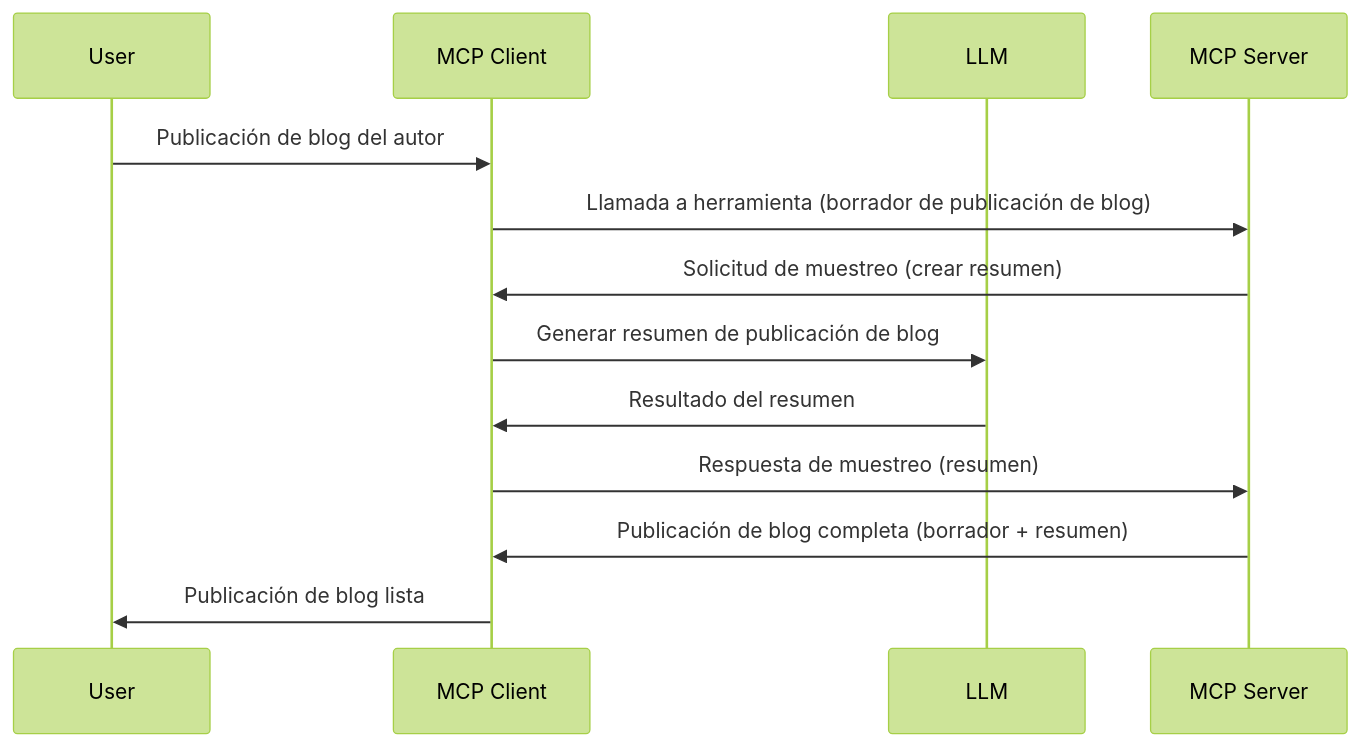
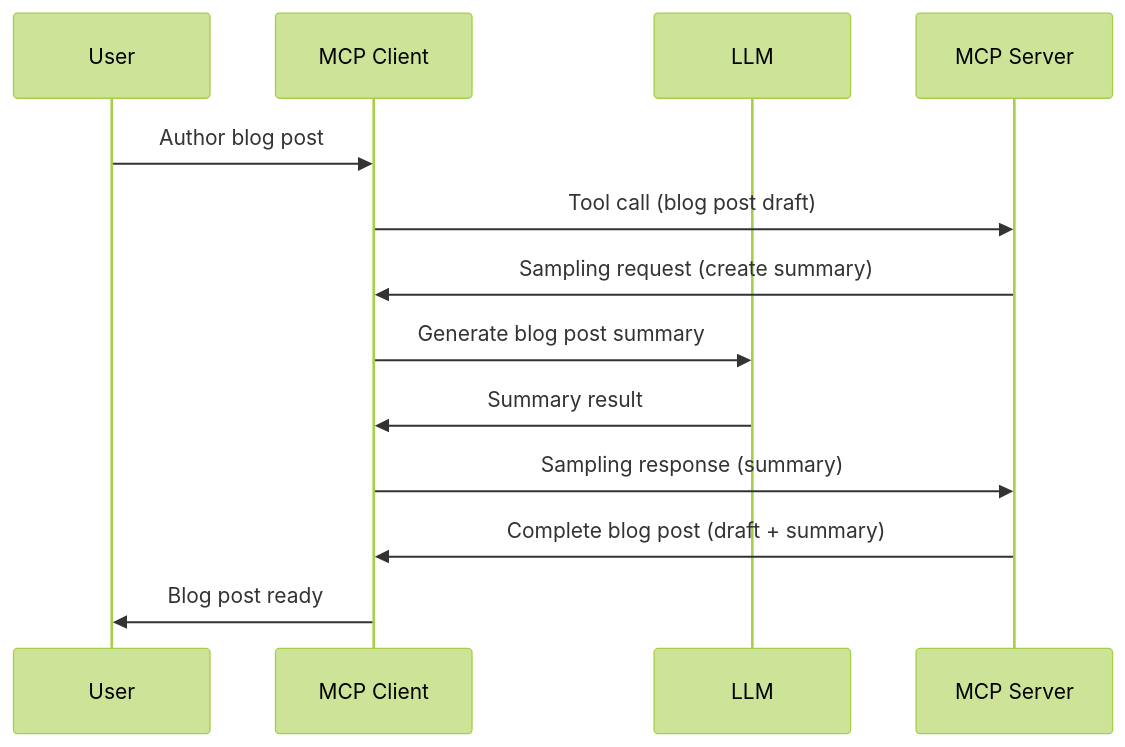
Before and after one commit to HIDORAKAI002/ai-workspace-archive: the diagram in mcp_ecosystem__model_context_protocol/mcp_learning_resources/mcp-for-beginners/translations/en/03-GettingStarted/14-sampling/README.md, drawn with Mermaid (forest theme). The commit also changed other lines of this file and 4877 other files, not shown here.

Commit message:
chore(sync): update MCP Python SDK, MCP TypeScript SDK, MCP Inspector, Supabase MCP, Kubernetes MCP Server, Git MCP, Exa MCP Server, MCP Agent, +55 more

````diff
--- a/mcp_ecosystem__model_context_protocol/mcp_learning_resources/mcp-for-beginners/translations/en/03-GettingStarted/14-sampling/README.md
+++ b/mcp_ecosystem__model_context_protocol/mcp_learning_resources/mcp-for-beginners/translations/en/03-GettingStarted/14-sampling/README.md
@@ -25,16 +27,16 @@
 ```mermaid
 sequenceDiagram
     participant User
     participant MCP Client
     participant LLM
     participant MCP Server
 
-    User->>MCP Client: Publicación de blog del autor
-    MCP Client->>MCP Server: Llamada a herramienta (borrador de publicación de blog)
-    MCP Server->>MCP Client: Solicitud de muestreo (crear resumen)
-    MCP Client->>LLM: Generar resumen de publicación de blog
-    LLM->>MCP Client: Resultado del resumen
-    MCP Client->>MCP Server: Respuesta de muestreo (resumen)
-    MCP Server->>MCP Client: Publicación de blog completa (borrador + resumen)
-    MCP Client->>User: Publicación de blog lista
+    User->>MCP Client: Author blog post
+    MCP Client->>MCP Server: Tool call (blog post draft)
+    MCP Server->>MCP Client: Sampling request (create summary)
+    MCP Client->>LLM: Generate blog post summary
+    LLM->>MCP Client: Summary result
+    MCP Client->>MCP Server: Sampling response (summary)
+    MCP Server->>MCP Client: Complete blog post (draft + summary)
+    MCP Client->>User: Blog post ready
 ```
````
